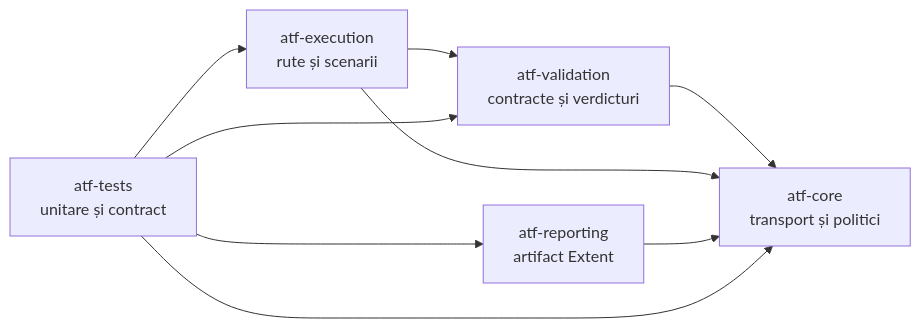
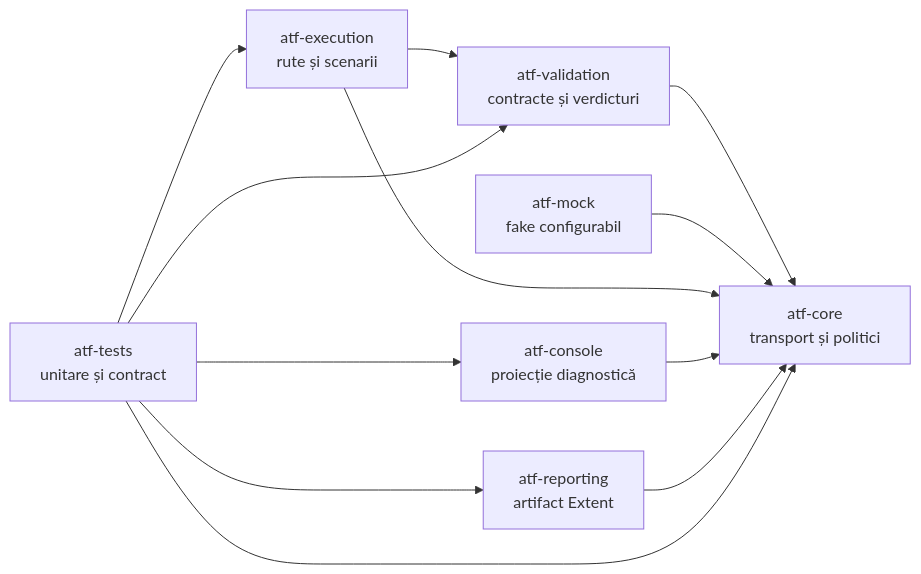
The first of 7 diagrams in docs/ATF_Architecture.md (crististefanita/demo2), drawn with Mermaid before and after one commit. The commit also changed other lines of this file and 124 other files, not shown here.

Commit message:
Add Java ATF console and mock parity modules

```diff
--- a/docs/ATF_Architecture.md
+++ b/docs/ATF_Architecture.md
@@ -7,11 +7,14 @@
 ~~~mermaid
 flowchart LR
     Validation[atf-validation<br/>contracte și verdicturi] --> Core[atf-core<br/>transport și politici]
+    Mock[atf-mock<br/>fake configurabil] --> Core
     Execution[atf-execution<br/>rute și scenarii] --> Validation
     Execution --> Core
+    Console[atf-console<br/>proiecție diagnostică] --> Core
     Reporting[atf-reporting<br/>artifact Extent] --> Core
     Tests[atf-tests<br/>unitare și contract] --> Execution
     Tests --> Validation
+    Tests --> Console
     Tests --> Reporting
     Tests --> Core
 ~~~
```
